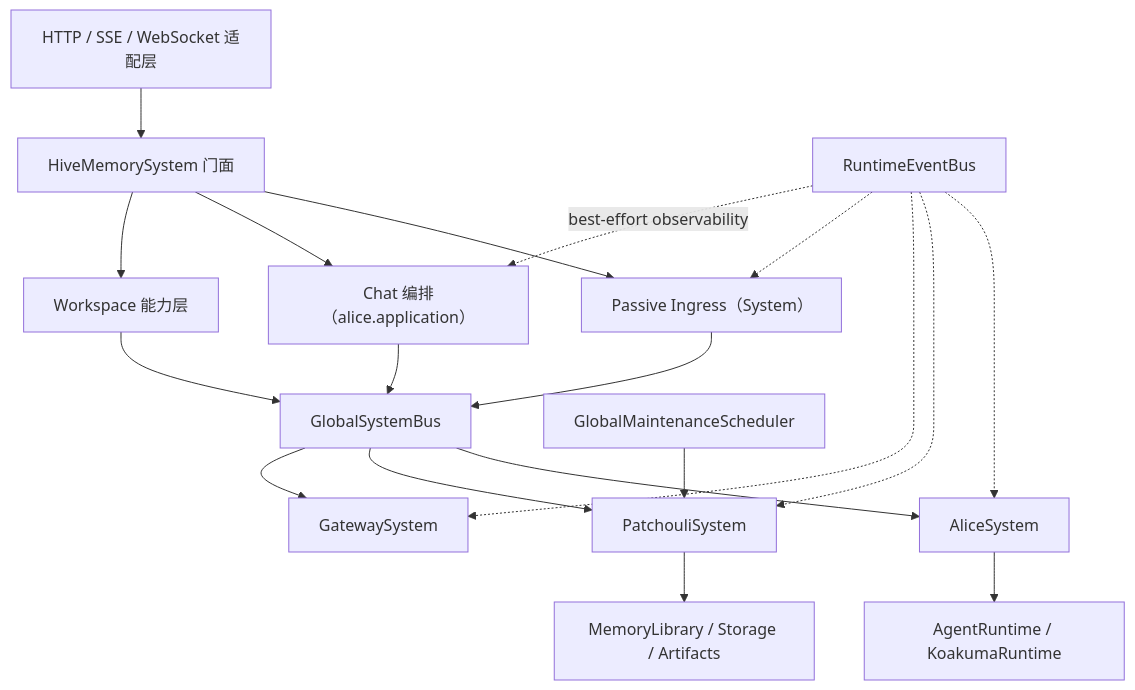
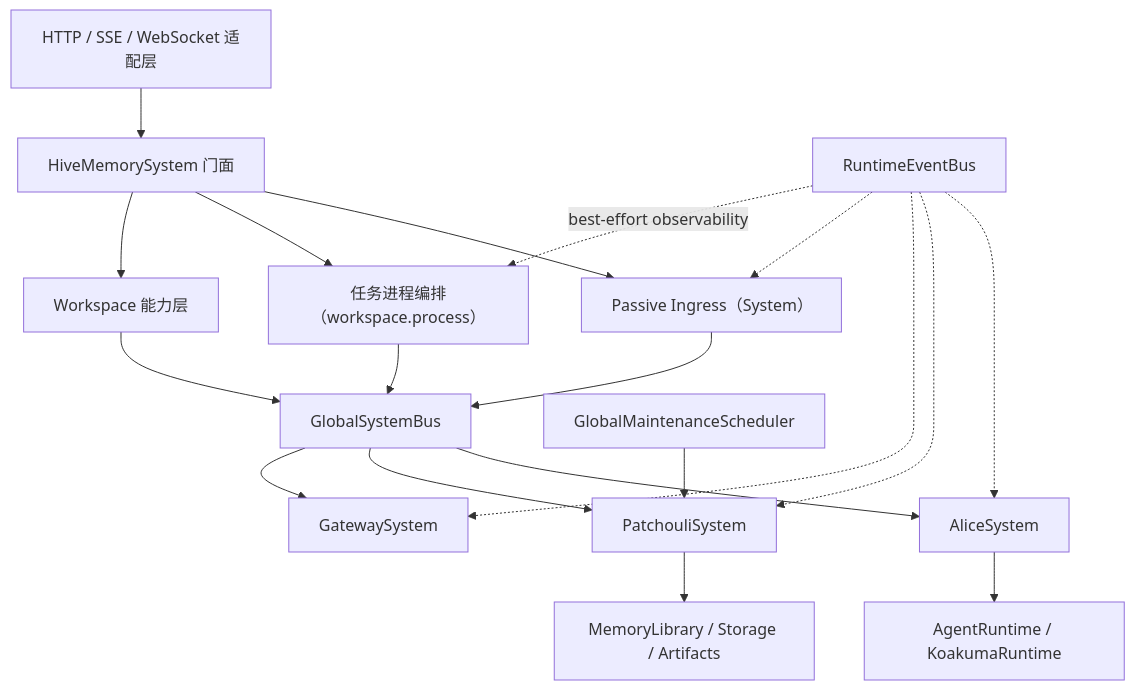
Before and after one commit to artemis03976/HiveMemory: the diagram in docs/architecture/overview.md, drawn with Mermaid. The commit also changed other lines of this file and 179 other files, not shown here.

````diff
--- a/docs/architecture/overview.md
+++ b/docs/architecture/overview.md
@@ -81,25 +81,25 @@
 ```mermaid
 flowchart TB
     API["HTTP / SSE / WebSocket 适配层"] --> FACADE["HiveMemorySystem 门面"]
     FACADE --> CAP["Workspace 能力层"]
-    FACADE --> CHAT["Chat 编排（alice.application）"]
+    FACADE --> CHAT["任务进程编排（workspace.process）"]
     CAP --> BUS["GlobalSystemBus"]
     CHAT --> BUS
 
     BUS --> GW["GatewaySystem"]
     BUS --> PA["PatchouliSystem"]
     BUS --> AL["AliceSystem"]
 
     FACADE --> PI["Passive Ingress（System）"]
     PI --> BUS
 
     PA --> STORE["MemoryLibrary / Storage / Artifacts"]
     AL --> AR["AgentRuntime / KoakumaRuntime"]
 
     OBS["RuntimeEventBus"] -. "best-effort observability" .-> CHAT
     OBS -.-> PI
     OBS -.-> GW
     OBS -.-> PA
     OBS -.-> AL
     SCH["GlobalMaintenanceScheduler"] --> PA
 ```
````
